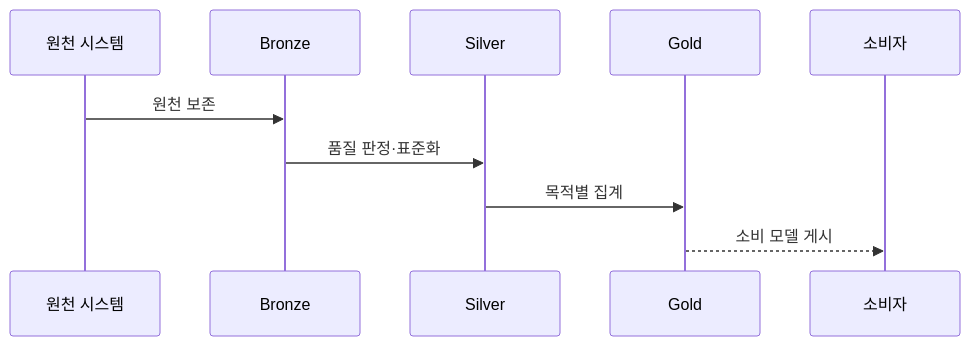
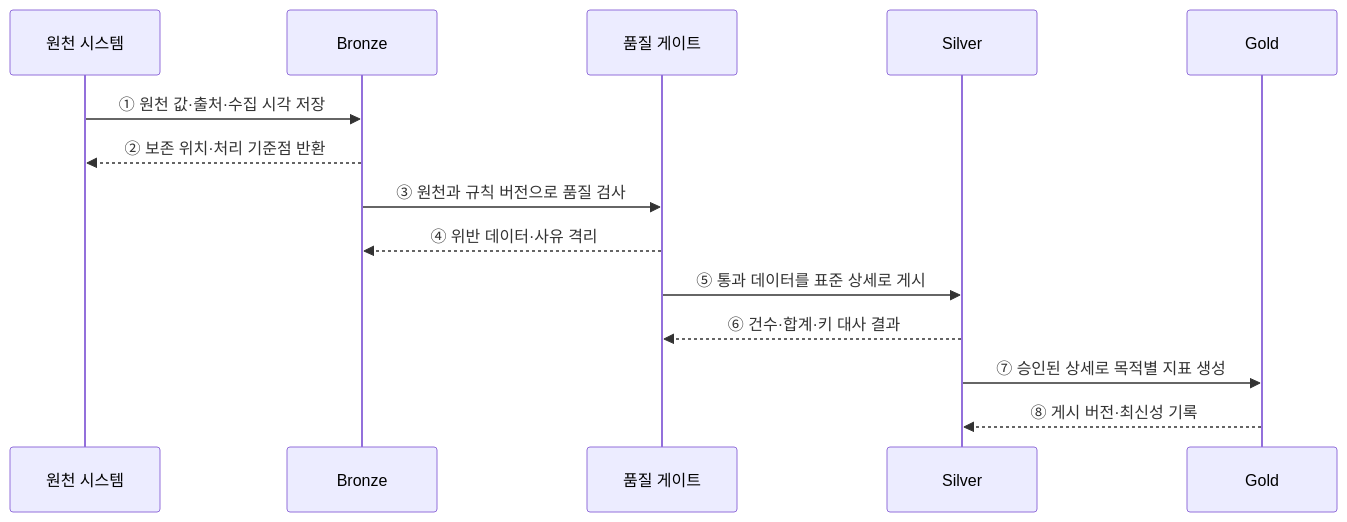
Before and after one commit to agnusdei1207/knowledge-base: the second of 2 diagrams in src/content/docs/notes/03-software/130_medallion_architecture.md, drawn with Mermaid. The commit also changed other lines of this file and 20 other files, not shown here.

````diff
--- a/src/content/docs/notes/03-software/130_medallion_architecture.md
+++ b/src/content/docs/notes/03-software/130_medallion_architecture.md
@@ -83,12 +75,16 @@
 ```mermaid
 sequenceDiagram
     participant S as 원천 시스템
     participant B as Bronze
+    participant Q as 품질 게이트
     participant V as Silver
     participant G as Gold
-    participant C as 소비자
-    S->>B: 원천 보존
-    B->>V: 품질 판정·표준화
-    V->>G: 목적별 집계
-    G-->>C: 소비 모델 게시
+    S->>B: ① 원천 값·출처·수집 시각 저장
+    B-->>S: ② 보존 위치·처리 기준점 반환
+    B->>Q: ③ 원천과 규칙 버전으로 품질 검사
+    Q-->>B: ④ 위반 데이터·사유 격리
+    Q->>V: ⑤ 통과 데이터를 표준 상세로 게시
+    V-->>Q: ⑥ 건수·합계·키 대사 결과
+    V->>G: ⑦ 승인된 상세로 목적별 지표 생성
+    G-->>V: ⑧ 게시 버전·최신성 기록
 ```
````
